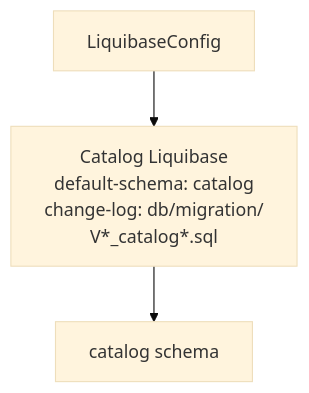
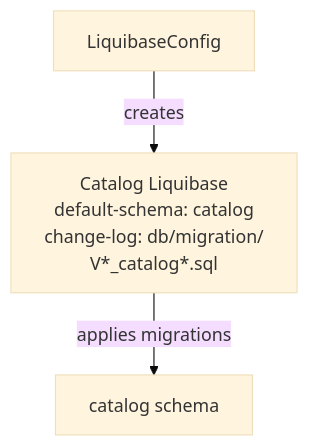
One commit to philipz/spring-modular-monolith changed the fourth of 5 diagrams in docs/deepwiki/Catalog-Module.md. Above: the diagram before and after it, drawn with Mermaid (base theme). The commit also changed other lines of this file and 55 other files, not shown here.

````diff
--- a/docs/deepwiki/Catalog-Module.md
+++ b/docs/deepwiki/Catalog-Module.md
@@ -399,10 +399,10 @@
 ```mermaid
 flowchart TD
 
 LiquibaseConfig["LiquibaseConfig"]
 CatalogLB["Catalog Liquibase<br>default-schema: catalog<br>change-log: db/migration/<br>V*_catalog*.sql"]
 CatalogSchema["catalog schema"]
 
-LiquibaseConfig --> CatalogLB
-CatalogLB --> CatalogSchema
+LiquibaseConfig -->|"creates"| CatalogLB
+CatalogLB -->|"applies migrations"| CatalogSchema
 ```
````
